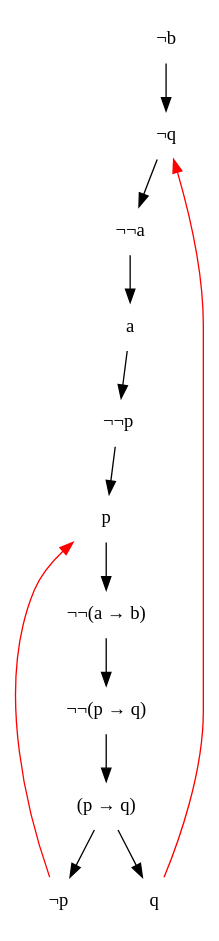
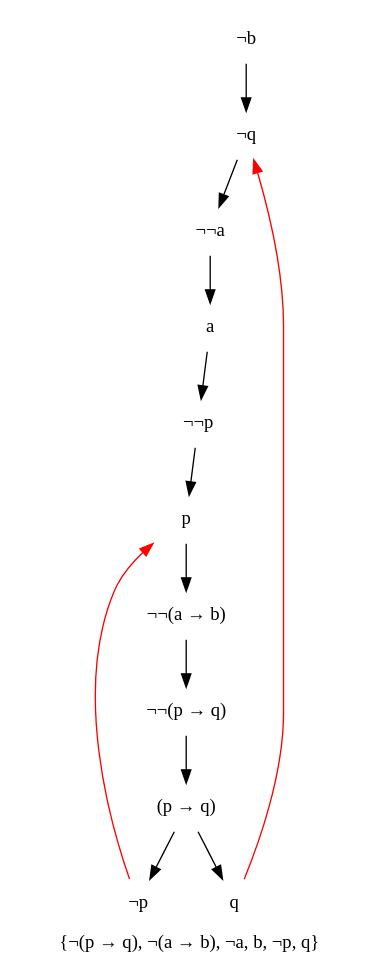
One commit to rispoli/seq-tab changed the diagram in graphviz_files/b.dot. Above: the diagram before and after it, drawn with Graphviz. The commit also changed 50 other files, not shown here.

```diff
--- a/graphviz_files/b.dot
+++ b/graphviz_files/b.dot
@@ -1,26 +1,27 @@
 digraph G {
+	label = "{&not;(p &rarr; q), &not;(a &rarr; b), &not;a, b, &not;p, q}";
 	node [ shape = "plaintext" ];
 	0 [ label = "&not;b" ];
 	1 [ label = "&not;q" ];
 	0 -> 1;
 	2 [ label = "&not;&not;a" ];
 	1 -> 2;
 	3 [ label = "a" ];
 	2 -> 3;
 	4 [ label = "&not;&not;p" ];
 	3 -> 4;
 	5 [ label = "p" ];
 	4 -> 5;
 	6 [ label = "&not;&not;(a &rarr; b)" ];
 	5 -> 6;
 	7 [ label = "&not;&not;(p &rarr; q)" ];
 	6 -> 7;
 	8 [ label = "(p &rarr; q)" ];
 	7 -> 8;
 	9 [ label = "&not;p" ];
 	8 -> 9;
 	9 -> 5 [ arrowtail = "normal", color = "red" ];
 	10 [ label = "q" ];
 	8 -> 10;
 	10 -> 1 [ arrowtail = "normal", color = "red" ];
 }
```
